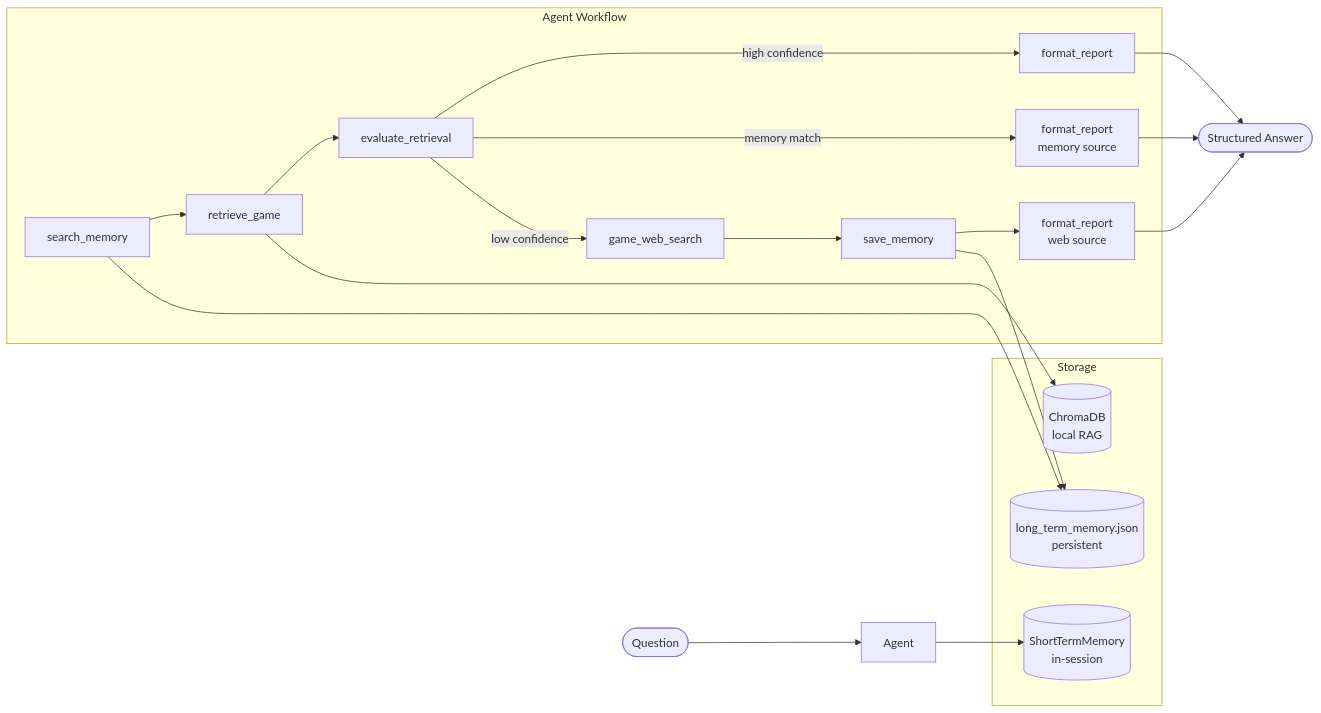
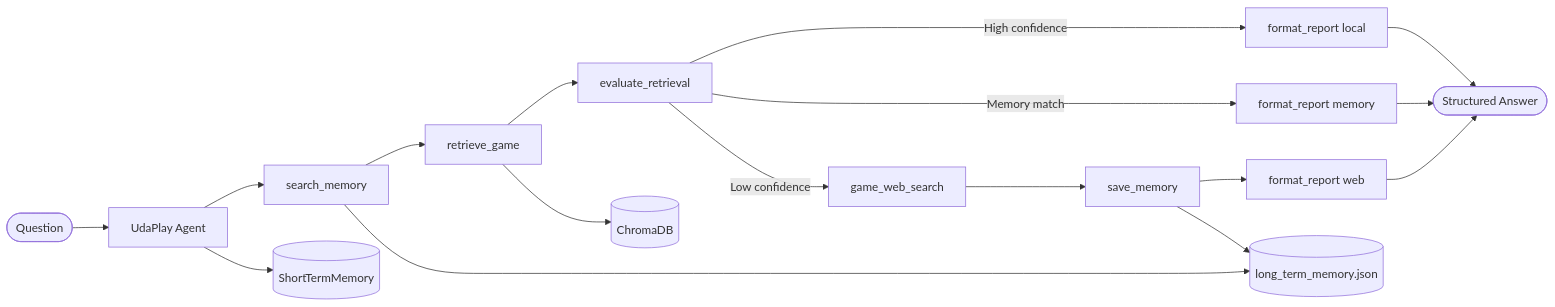
The diagram in README.md (adebowalep/udaplay-ai-research-agent), drawn with Mermaid before and after one commit. The commit also changed other lines of this file, not shown here.

Commit message:
Fix the Mermaid diagram in the  README file

````diff
--- a/README.md
+++ b/README.md
@@ -19,28 +19,24 @@
 ```mermaid
 flowchart LR
-    User([Question]) --> Agent
+    U([Question]) --> AG[UdaPlay Agent]
 
-    subgraph Agent Workflow
-        A1[search_memory] --> A2[retrieve_game]
-        A2 --> A3[evaluate_retrieval]
-        A3 -->|high confidence| A4[format_report]
-        A3 -->|memory match| A5[format_report\nmemory source]
-        A3 -->|low confidence| A6[game_web_search]
-        A6 --> A7[save_memory]
-        A7 --> A8[format_report\nweb source]
-    end
+    AG --> SM[search_memory]
+    SM --> RG[retrieve_game]
+    RG --> ER[evaluate_retrieval]
 
-    A4 --> ANS([Structured Answer])
-    A5 --> ANS
-    A8 --> ANS
+    ER -->|High confidence| FR1[format_report local]
+    ER -->|Memory match| FR2[format_report memory]
+    ER -->|Low confidence| WS[game_web_search]
 
-    subgraph Storage
-        VDB[(ChromaDB\nlocal RAG)]
-        LTM[(long_term_memory.json\npersistent)]
-        STM[(ShortTermMemory\nin-session)]
-    end
+    WS --> SAV[save_memory]
+    SAV --> FR3[format_report web]
 
-    A1 & A7 --> LTM
-    A2 --> VDB
-    Agent --> STM
+    FR1 --> ANS([Structured Answer])
+    FR2 --> ANS
+    FR3 --> ANS
+
+    RG --> VDB[(ChromaDB)]
+    SM --> LTM[(long_term_memory.json)]
+    SAV --> LTM
+    AG --> STM[(ShortTermMemory)]
 ```
````
